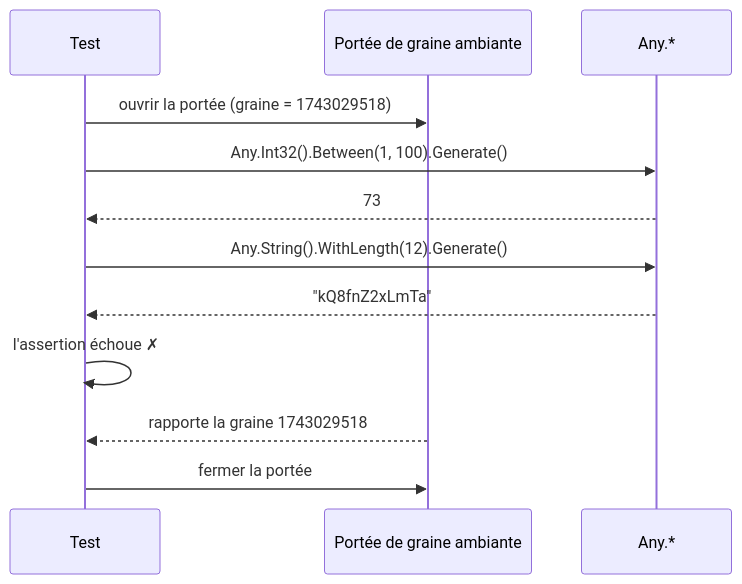
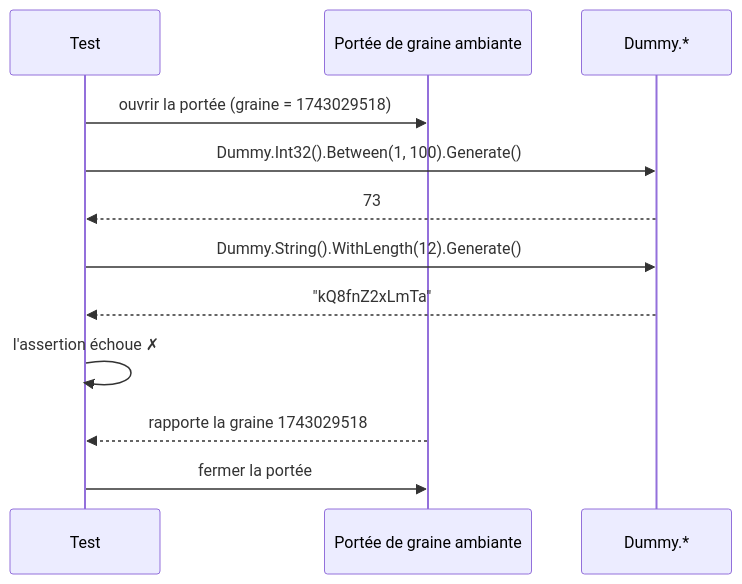
One commit to Reefact/just-dummies changed the first of 2 diagrams in doc/handwritten/for-users/guides/reproducibility.fr.md. Above: the diagram before and after it, drawn with Mermaid. The commit also changed other lines of this file and 755 other files, not shown here.

````diff
--- a/doc/handwritten/for-users/guides/reproducibility.fr.md
+++ b/doc/handwritten/for-users/guides/reproducibility.fr.md
@@ -21,16 +21,16 @@
 ```mermaid
 sequenceDiagram
     accTitle: Ce qu'une portée de graine ambiante enregistre pendant un test qui échoue
-    accDescr: Le test ouvre une portée sur la graine 1743029518. Il demande à Any un int borné et reçoit 73, puis une chaîne de douze caractères et reçoit kQ8fnZ2xLmTa. Son assertion échoue, la portée rapporte la graine 1743029518, et le test ferme la portée.
+    accDescr: Le test ouvre une portée sur la graine 1743029518. Il demande à Dummy un int borné et reçoit 73, puis une chaîne de douze caractères et reçoit kQ8fnZ2xLmTa. Son assertion échoue, la portée rapporte la graine 1743029518, et le test ferme la portée.
     participant T as Test
     participant S as Portée de graine ambiante
-    participant A as Any.*
+    participant A as Dummy.*
     T->>S: ouvrir la portée (graine = 1743029518)
-    T->>A: Any.Int32().Between(1, 100).Generate()
+    T->>A: Dummy.Int32().Between(1, 100).Generate()
     A-->>T: 73
-    T->>A: Any.String().WithLength(12).Generate()
+    T->>A: Dummy.String().WithLength(12).Generate()
     A-->>T: "kQ8fnZ2xLmTa"
     T->>T: l'assertion échoue ✗
     S-->>T: rapporte la graine 1743029518
     T->>S: fermer la portée
 ```
````
